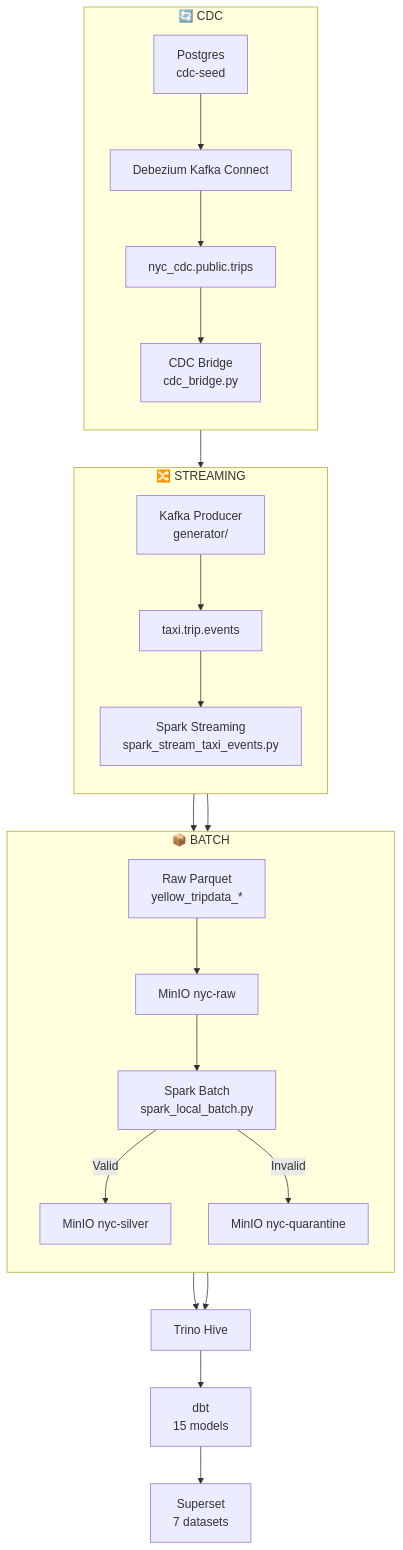
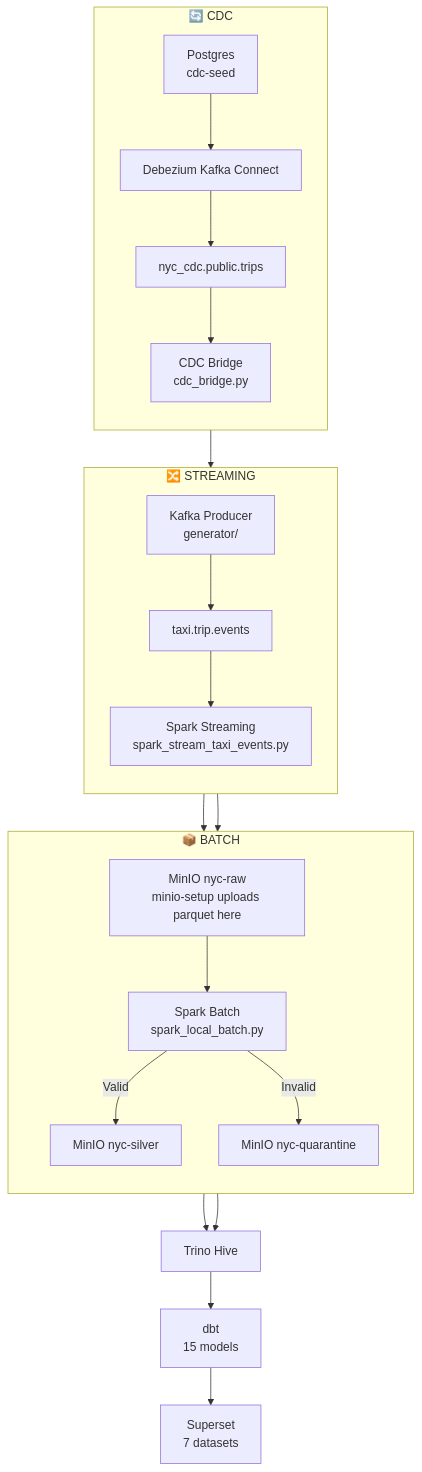
The second of 5 diagrams in GUIDE.md (DawieMalmsteel/nyc_new), drawn with Mermaid before and after one commit. The commit also changed other lines of this file, not shown here.

First line of the commit message:
Fix batch path: start from MinIO S3 not raw parquet

````diff
--- a/GUIDE.md
+++ b/GUIDE.md
@@ -236,31 +236,30 @@
 ```mermaid
 flowchart TB
     subgraph Batch["📦 BATCH"]
         direction TB
-        BP[Raw Parquet<br/>yellow_tripdata_*] --> BMinio[MinIO nyc-raw]
-        BMinio --> BSpark[Spark Batch<br/>spark_local_batch.py]
+        BMinio[MinIO nyc-raw<br/>minio-setup uploads parquet here] --> BSpark[Spark Batch<br/>spark_local_batch.py]
         BSpark -->|Valid| BValid[MinIO nyc-silver]
         BSpark -->|Invalid| BInvalid[MinIO nyc-quarantine]
     end
 
     subgraph Streaming["🔀 STREAMING"]
         direction TB
         SKP[Kafka Producer<br/>generator/] --> STopic[taxi.trip.events]
         STopic --> SSpark[Spark Streaming<br/>spark_stream_taxi_events.py]
         SSpark --> BValid
         SSpark --> BInvalid
     end
 
     subgraph CDC["🔄 CDC"]
         direction TB
         PG[Postgres<br/>cdc-seed] --> DBZ[Debezium Kafka Connect]
         DBZ --> CT[nyc_cdc.public.trips]
         CT --> CB[CDC Bridge<br/>cdc_bridge.py]
         CB --> STopic
     end
 
     BValid --> Trino[Trino Hive]
     BInvalid --> Trino
     Trino --> Dbt[dbt<br/>15 models]
     Dbt --> Superset[Superset<br/>7 datasets]
 ```
````
